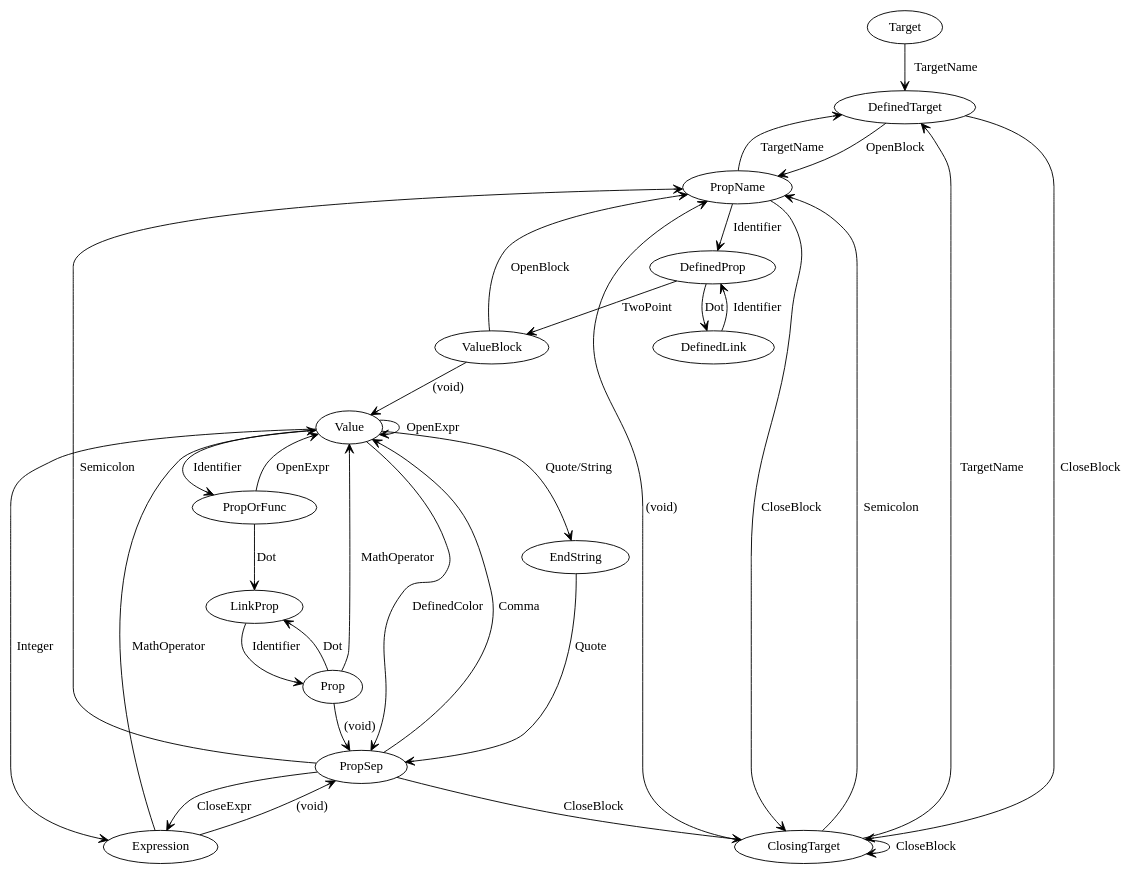
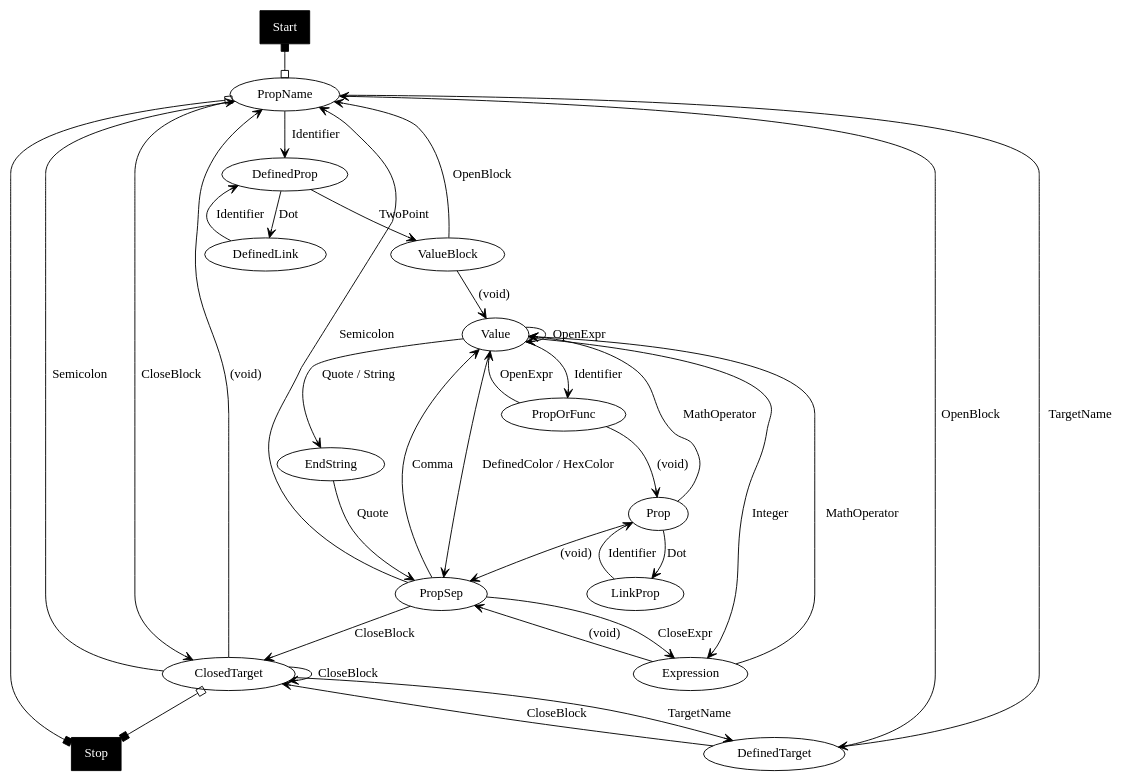
The diagram in ftests/rwl/rwl.dot (wallix/redemption), drawn with Graphviz before and after one commit. The commit also changed 13 other files, not shown here.

```diff
--- a/ftests/rwl/rwl.dot
+++ b/ftests/rwl/rwl.dot
@@ -1,50 +1,55 @@
 digraph rwl {
-	edge [arrowtail=dot arrowhead=open]
+	edge [arrowhead=open]
 
-	Target        -> DefinedTarget [label="TargetName"]
+	Start         -> PropName [arrowhead=obox arrowtail=box dir=both]
+	ClosedTarget  -> Stop [arrowhead=box arrowtail=obox dir=both]
+	PropName      -> Stop [arrowhead=box arrowtail=obox dir=both]
+	Start [style=filled shape=rect fontcolor=white color=black]
+	Stop  [style=filled shape=rect fontcolor=white color=black]
 
-	Prop          -> LinkProp      [label="Dot"]
-	Prop          -> Value         [label="MathOperator"]
-	Prop          -> PropSep       [label="(void)"]
 
 	DefinedTarget -> PropName      [label="OpenBlock"]
-	DefinedTarget -> ClosingTarget [label="CloseBlock"]
+	DefinedTarget -> ClosedTarget  [label="CloseBlock"]
 
-	ClosingTarget -> ClosingTarget [label="CloseBlock"]
-	ClosingTarget -> PropName      [label="Semicolon"]
-	ClosingTarget -> DefinedTarget [label="TargetName"]
-	ClosingTarget -> PropName      [label="(void)"]
+	ClosedTarget  -> ClosedTarget  [label="CloseBlock"]
+	ClosedTarget  -> PropName      [label="Semicolon"]
+	ClosedTarget  -> DefinedTarget [label="TargetName"]
+	ClosedTarget  -> PropName      [label="(void)"]
 
-	PropName      -> ClosingTarget [label="CloseBlock"]
+	PropName      -> ClosedTarget  [label="CloseBlock"]
 	PropName      -> DefinedTarget [label="TargetName"]
 	PropName      -> DefinedProp   [label="Identifier"]
-
-	Expression    -> Value         [label="MathOperator"]
-	Expression    -> PropSep       [label="(void)"]
 
 	DefinedProp   -> DefinedLink   [label="Dot"]
 	DefinedProp   -> ValueBlock    [label="TwoPoint"]
 
 	DefinedLink   -> DefinedProp   [label="Identifier"]
 
 	ValueBlock    -> PropName      [label="OpenBlock"]
 	ValueBlock    -> Value         [label="(void)"]
 
-	Value         -> EndString     [label="Quote/String"]
+	Value         -> EndString     [label="Quote / String"]
 	Value         -> PropOrFunc    [label="Identifier"]
-	Value         -> PropSep       [label="DefinedColor"]
+	Value         -> PropSep       [label="DefinedColor / HexColor"]
 	Value         -> Expression    [label="Integer"]
 	Value         -> Value         [label="OpenExpr"]
 
 	EndString     -> PropSep       [label="Quote"]
 
-	PropOrFunc    -> LinkProp      [label="Dot"]
 	PropOrFunc    -> Value         [label="OpenExpr"]
+	PropOrFunc    -> Prop          [label="(void)"]
 
 	PropSep       -> Value         [label="Comma"]
 	PropSep       -> Expression    [label="CloseExpr"]
 	PropSep       -> PropName      [label="Semicolon"]
-	PropSep       -> ClosingTarget [label="CloseBlock"]
+	PropSep       -> ClosedTarget  [label="CloseBlock"]
 
 	LinkProp      -> Prop          [label="Identifier"]
+
+	Prop          -> LinkProp      [label="Dot"]
+	Prop          -> Value         [label="MathOperator"]
+	Prop          -> PropSep       [label="(void)"]
+
+	Expression    -> Value         [label="MathOperator"]
+	Expression    -> PropSep       [label="(void)"]
 }
```
